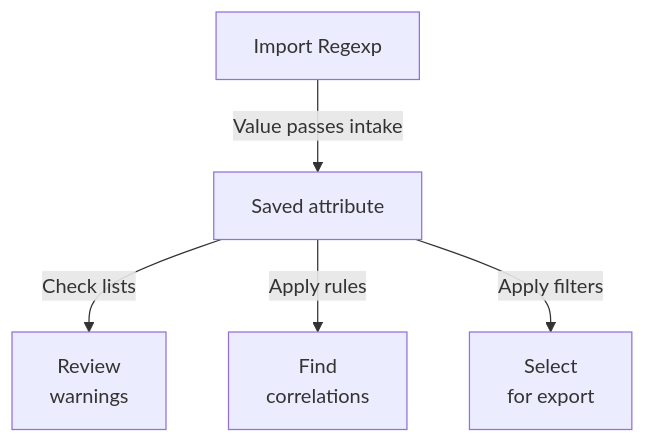
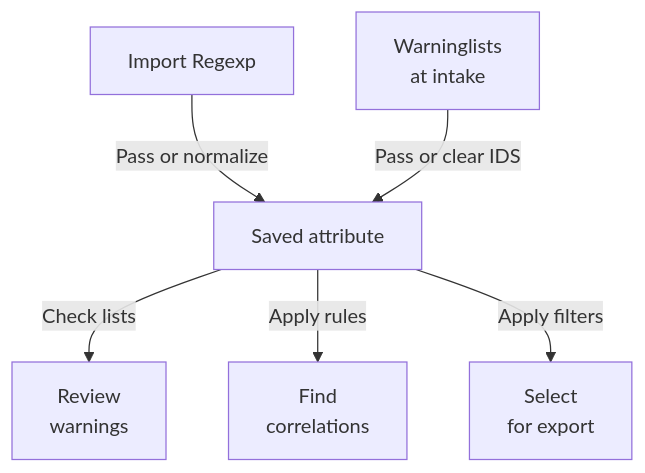
One commit to MISP/misp-book changed the diagram in warninglists/figures/attribute-data-flow.mmd. Above: the diagram before and after it, drawn with Mermaid. The commit also changed 4 other files, not shown here.

Commit message:
docs: show how warninglists can filter intake

```diff
--- a/warninglists/figures/attribute-data-flow.mmd
+++ b/warninglists/figures/attribute-data-flow.mmd
@@ -1,13 +1,15 @@
 flowchart TD
   accTitle: Where controls act on attribute data
-  accDescr: Intake can reject or normalize a value. After saving, the attribute can be checked against enabled warninglists, correlated according to correlation settings, or selected according to export filters. Each box links to its guide section.
-  I["Import Regexp"] -->|Value passes intake| A["Saved attribute"]
+  accDescr: At intake, Import Regexp can normalize or reject a value. Optional warninglist enforcement can reject hits or save them with IDS off in soft free-text import mode. After saving, the attribute can be checked for warnings, correlated according to correlation settings, or selected according to export filters. Each box links to its guide section.
+  I["Import Regexp"] -->|Pass or normalize| A["Saved attribute"]
+  L["Warninglists<br/>at intake"] -->|Pass or clear IDS| A
   A -->|Check lists| W["Review<br/>warnings"]
   A -->|Apply rules| C["Find<br/>correlations"]
   A -->|Apply filters| E["Select<br/>for export"]
-  class I,A accent;
+  class I,L,A accent;
   click I href "../../false-positives/index.html#fp-import" "Import Regexp"
+  click L href "../index.html#warninglists-intake" "Enforce warninglists at intake"
   click A href "../../using-the-system/index.html#add-attribute" "Attribute settings"
   click W href "../index.html#warninglists-use" "Find a list or test a value"
   click C href "../../correlation/index.html#correlation-controls" "Correlation controls"
   click E href "../index.html#warninglists-export" "Warnings, IDS flags and exports"
```
